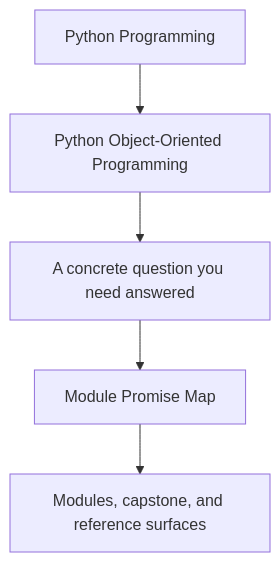
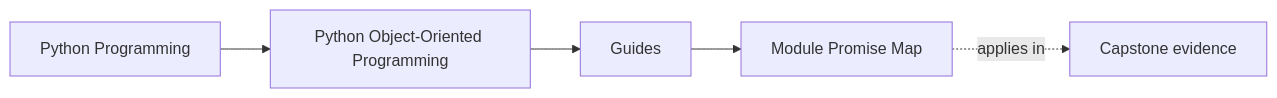
Before and after one commit to bijux/bijux-masterclass: the first of 2 diagrams in programs/python-programming/python-object-oriented-programming/course-book/guides/module-promise-map.md, drawn with Mermaid. The commit also changed other lines of this file and 65 other files, not shown here.

Commit message:
docs(python-object-oriented-programming): map object model and design foundations

````diff
--- a/programs/python-programming/python-object-oriented-programming/course-book/guides/module-promise-map.md
+++ b/programs/python-programming/python-object-oriented-programming/course-book/guides/module-promise-map.md
@@ -7,7 +7,11 @@
 ```mermaid
-flowchart TD
-  family["Python Programming"] --> program["Python Object-Oriented Programming"]
-  program --> pressure["A concrete question you need answered"]
-  pressure --> guide["Module Promise Map"]
-  guide --> next["Modules, capstone, and reference surfaces"]
+graph LR
+  family["Python Programming"]
+  program["Python Object-Oriented Programming"]
+  section["Guides"]
+  page["Module Promise Map"]
+  capstone["Capstone evidence"]
+
+  family --> program --> section --> page
+  page -.applies in.-> capstone
 ```
````
